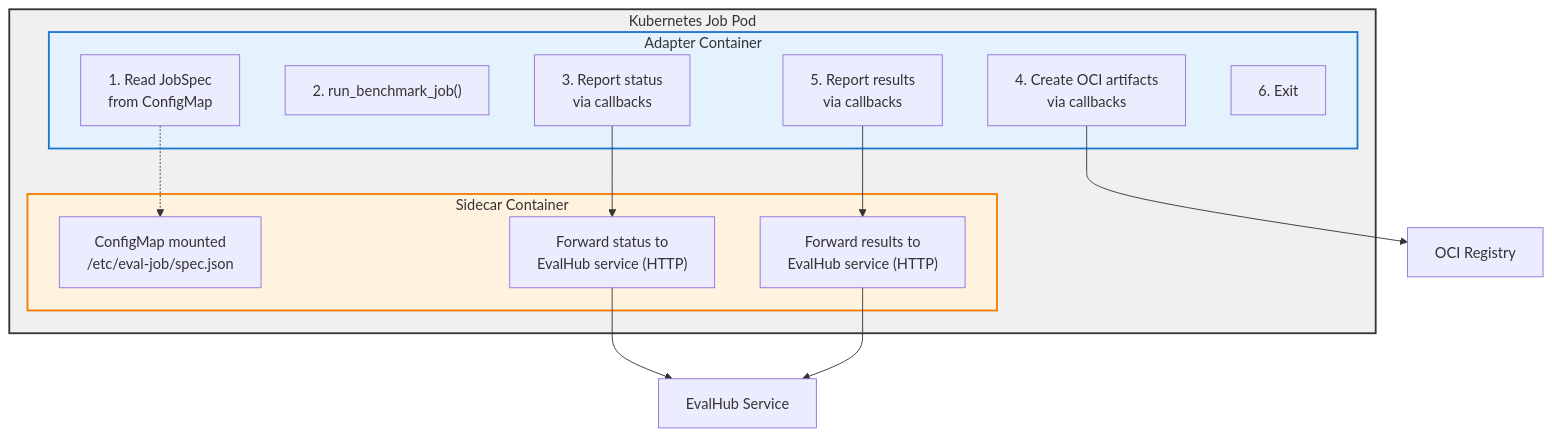
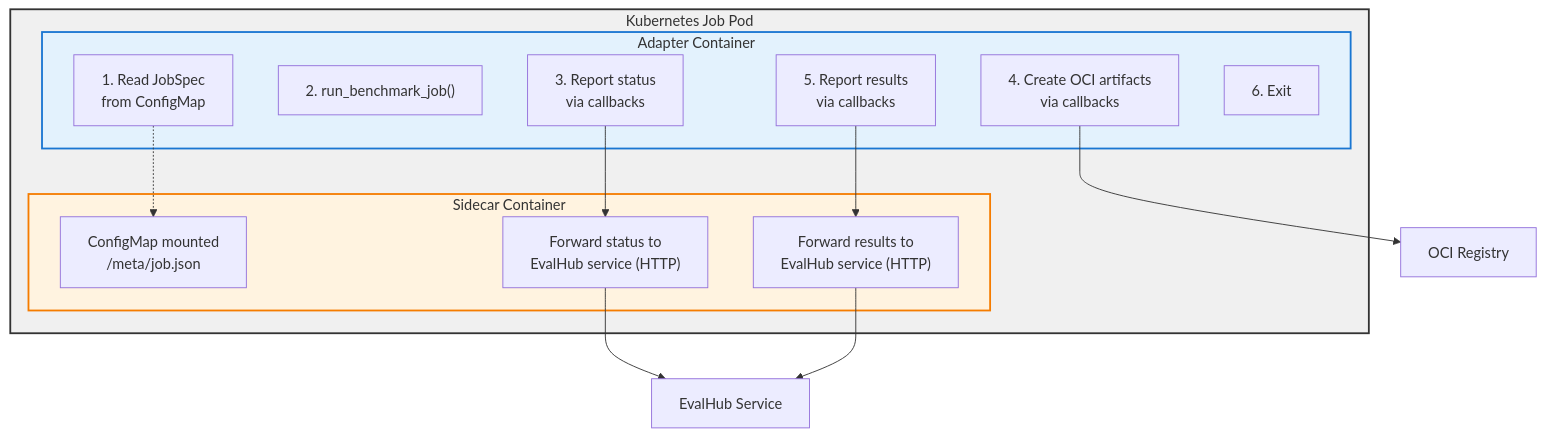
One commit to gnaulak-redhat/eval-hub-sdk changed the diagram in README.md. Above: the diagram before and after it, drawn with Mermaid. The commit also changed other lines of this file and 20 other files, not shown here.

````diff
--- a/README.md
+++ b/README.md
@@ -19,31 +19,31 @@
 ```mermaid
 graph TB
     subgraph pod["Kubernetes Job Pod"]
         subgraph adapter["Adapter Container"]
             A1["1. Read JobSpec<br/>from ConfigMap"]
             A2["2. run_benchmark_job()"]
             A3["3. Report status<br/>via callbacks"]
             A4["4. Create OCI artifacts<br/>via callbacks"]
             A5["5. Report results<br/>via callbacks"]
             A6["6. Exit"]
         end
 
         subgraph sidecar["Sidecar Container"]
-            S1["ConfigMap mounted<br/>/etc/eval-job/spec.json"]
+            S1["ConfigMap mounted<br/>/meta/job.json"]
             S2["Forward status to<br/>EvalHub service (HTTP)"]
             S4["Forward results to<br/>EvalHub service (HTTP)"]
         end
 
         A1 -.-> S1
         A3 --> S2
         A5 --> S4
     end
 
     S2 --> EvalHub["EvalHub Service"]
     S4 --> EvalHub
     A4 --> Registry["OCI Registry"]
 
     style pod fill:#f0f0f0,stroke:#333,stroke-width:2px
     style adapter fill:#e3f2fd,stroke:#1976d2,stroke-width:2px
     style sidecar fill:#fff3e0,stroke:#f57c00,stroke-width:2px
 ```
````
